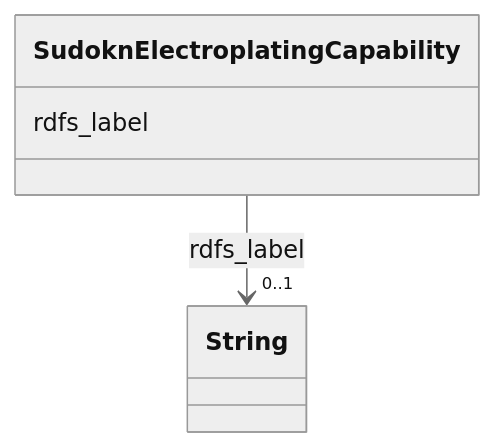
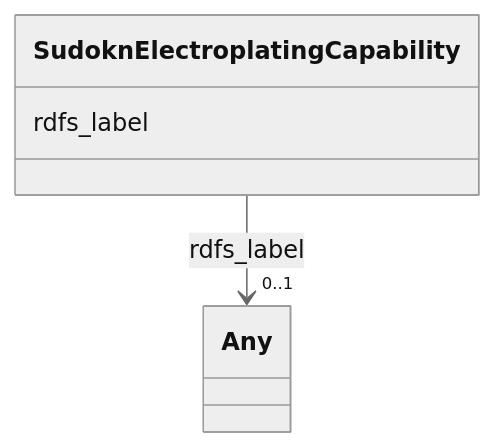
Before and after one commit to frink-okn/graph-descriptions: the diagram in sudokn-kg/classes/SudoknElectroplatingCapability.md, drawn with Mermaid (neutral theme). The commit also changed other lines of this file and 903 other files, not shown here.

````diff
--- a/sudokn-kg/classes/SudoknElectroplatingCapability.md
+++ b/sudokn-kg/classes/SudoknElectroplatingCapability.md
@@ -23,15 +18,15 @@
 ```mermaid
  classDiagram
     class SudoknElectroplatingCapability
     click SudoknElectroplatingCapability href "../SudoknElectroplatingCapability"
       SudoknElectroplatingCapability : rdfs_label
         
           
     
     
-    SudoknElectroplatingCapability --> "0..1" String : rdfs_label
-    click String href "../String"
+    SudoknElectroplatingCapability --> "0..1" Any : rdfs_label
+    click Any href "../Any"
 
         
       
 ```
````
